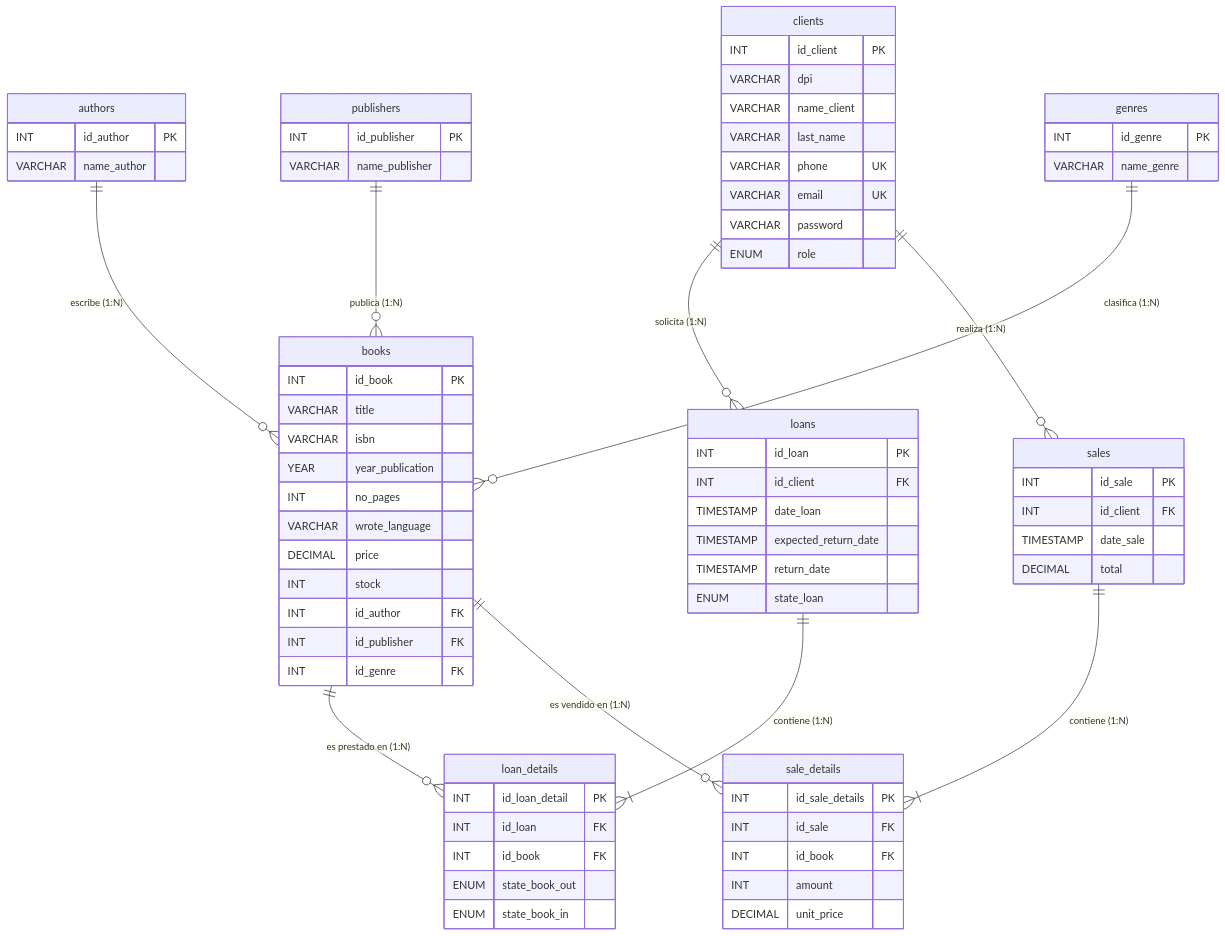
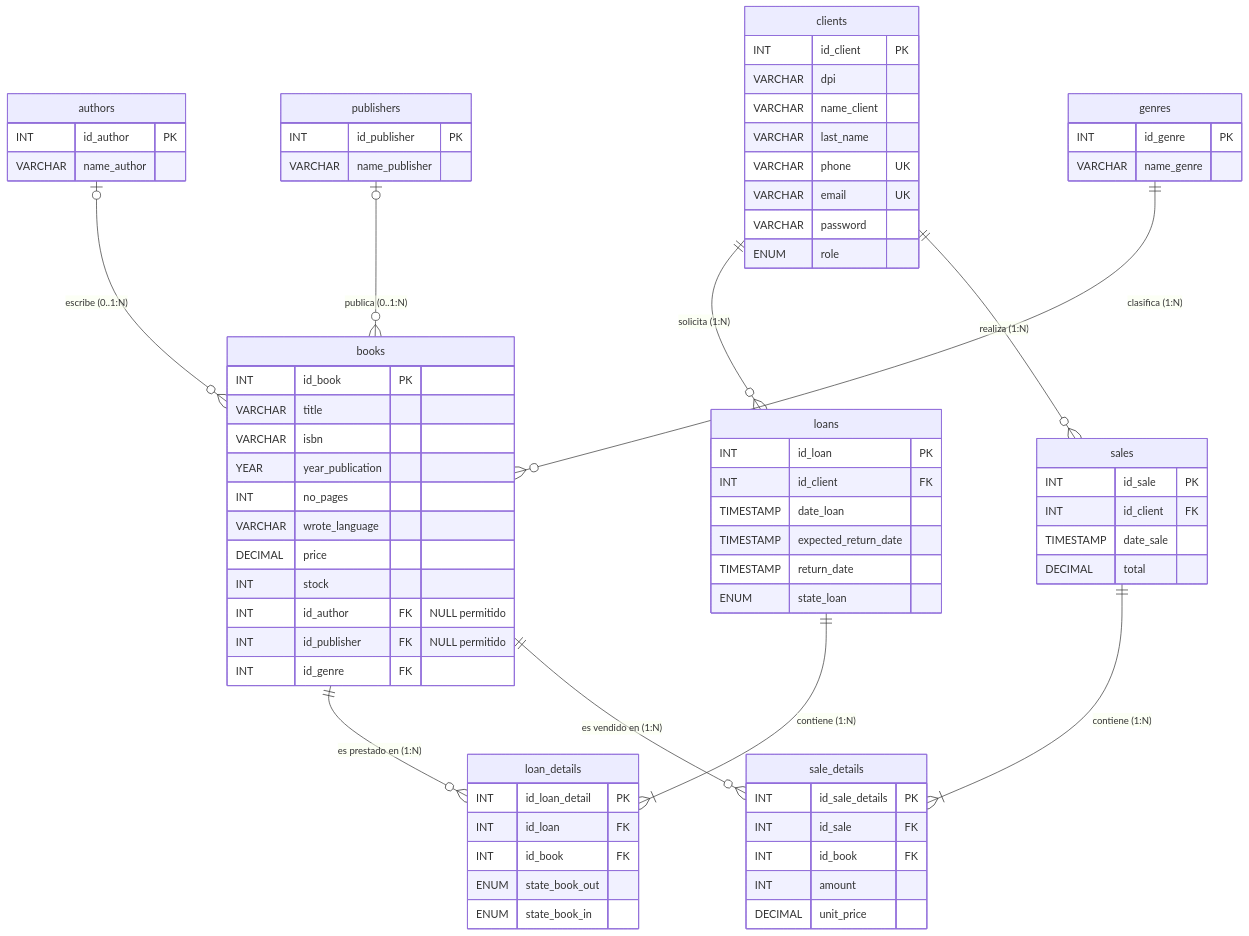
The diagram in database/README.md (Anderson-Oloroso/minerva-lib), drawn with Mermaid before and after one commit. The commit also changed other lines of this file and 1 other file, not shown here.

Commit message:
feat(database): Update database schema with null validations on authors and publishers

````diff
--- a/database/README.md
+++ b/database/README.md
@@ -23,7 +23,7 @@
 ```mermaid
 erDiagram
-    authors ||--o{ books : "escribe (1:N)"
-    publishers ||--o{ books : "publica (1:N)"
+    authors o|--o{ books : "escribe (0..1:N)"
+    publishers o|--o{ books : "publica (0..1:N)"
     genres ||--o{ books : "clasifica (1:N)"
     
     clients ||--o{ loans : "solicita (1:N)"
@@ -58,8 +58,8 @@
         VARCHAR wrote_language
         DECIMAL price
         INT stock
-        INT id_author FK
-        INT id_publisher FK
+        INT id_author FK "NULL permitido"
+        INT id_publisher FK "NULL permitido"
         INT id_genre FK
     }
 
````
